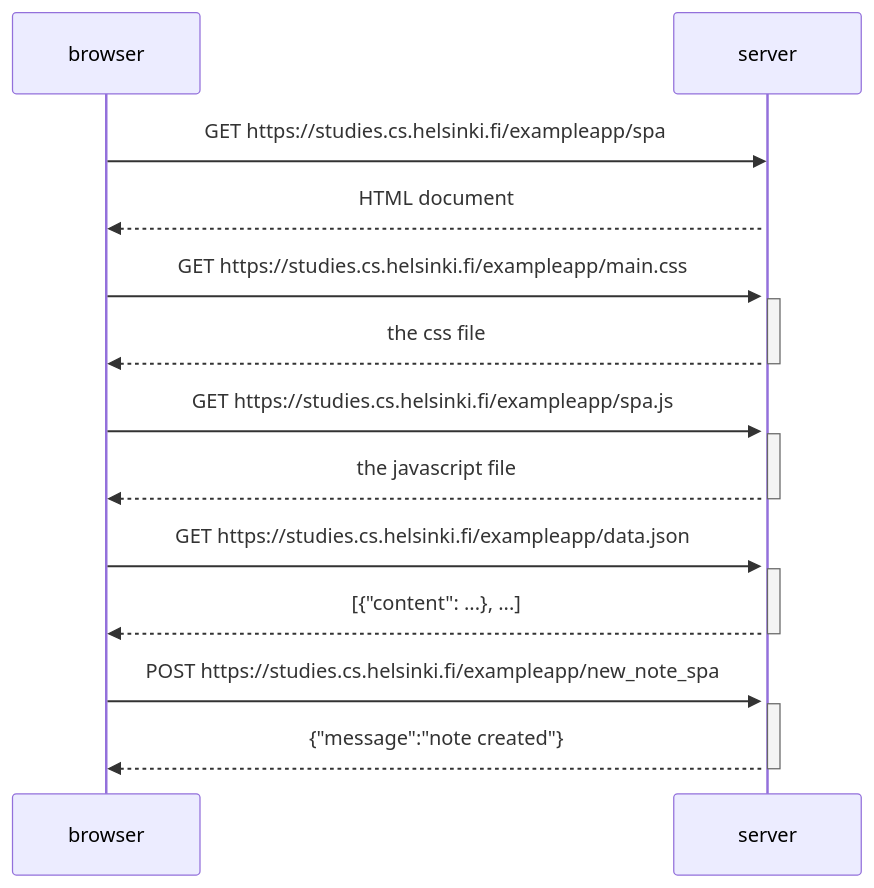
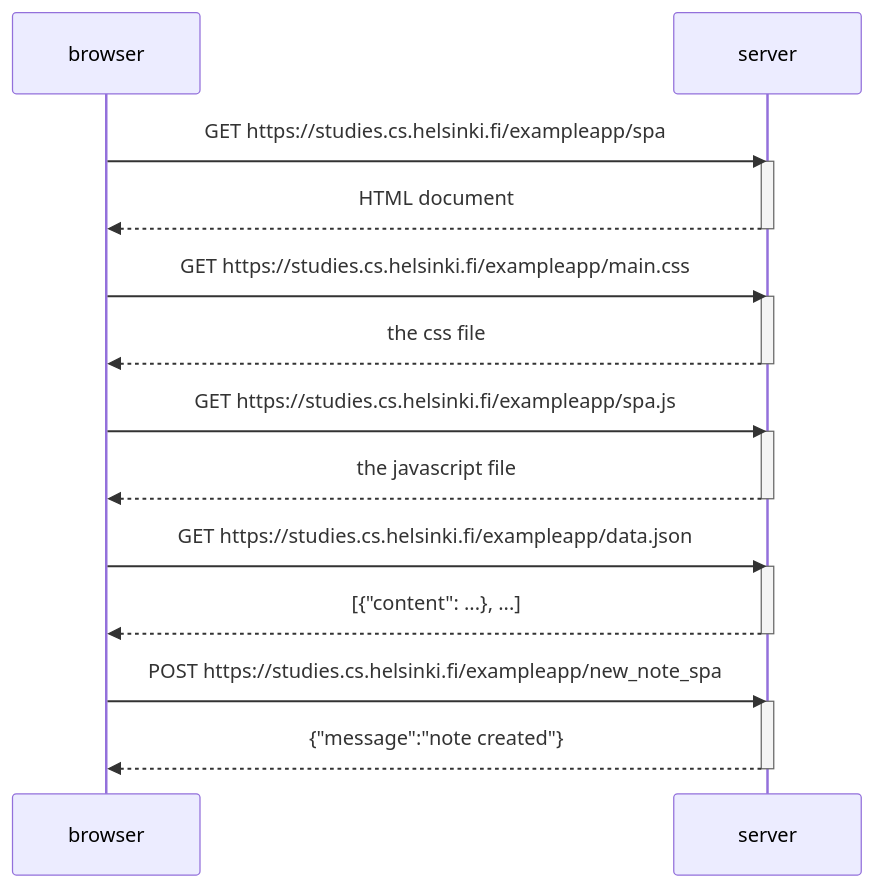
Before and after one commit to Ayrua/fullstackopen: the diagram in part0/exercise_0.6.md, drawn with Mermaid. The commit also changed 2 other files, not shown here.

Commit message:
small fix

````diff
--- a/part0/exercise_0.6.md
+++ b/part0/exercise_0.6.md
@@ -1,29 +1,30 @@
 ```mermaid
 sequenceDiagram
     participant browser
     participant server
 
     browser->>server: GET https://studies.cs.helsinki.fi/exampleapp/spa
     activate server
     server-->>browser: HTML document
+    deactivate server
 
     browser->>server: GET https://studies.cs.helsinki.fi/exampleapp/main.css
     activate server
     server-->>browser: the css file
     deactivate server
 
     browser->>server: GET https://studies.cs.helsinki.fi/exampleapp/spa.js
     activate server
     server-->>browser: the javascript file
     deactivate server
 
     browser->>server: GET https://studies.cs.helsinki.fi/exampleapp/data.json
     activate server
     server-->>browser: [{"content": ...}, ...]
     deactivate server
 
     browser->>server: POST https://studies.cs.helsinki.fi/exampleapp/new_note_spa
     activate server
     server-->>browser: {"message":"note created"}
     deactivate server
 ```
````
